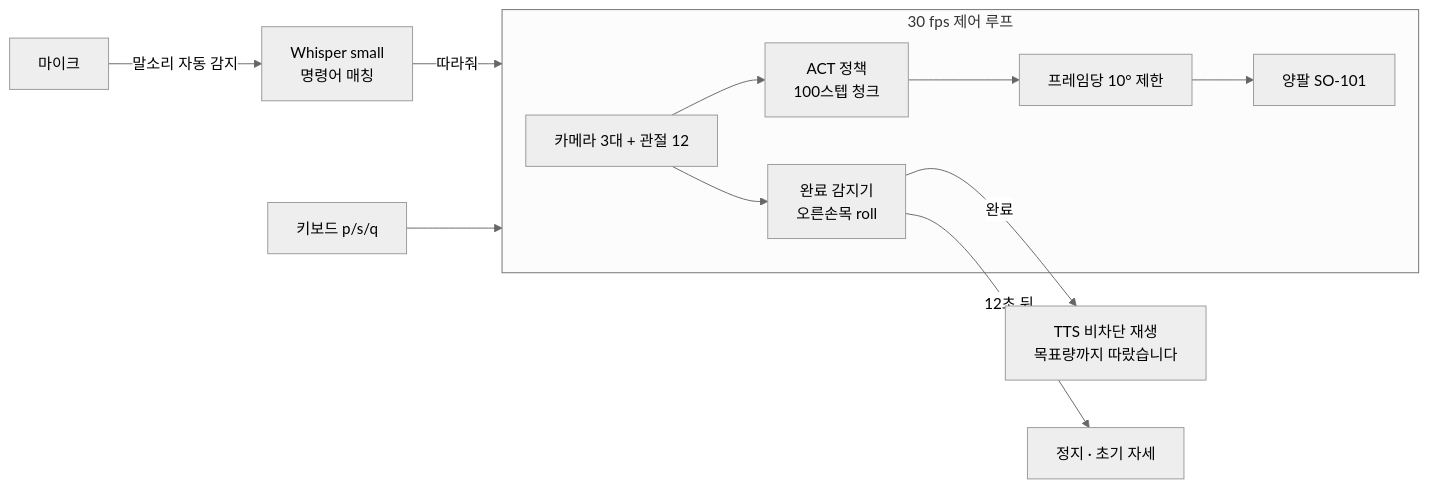
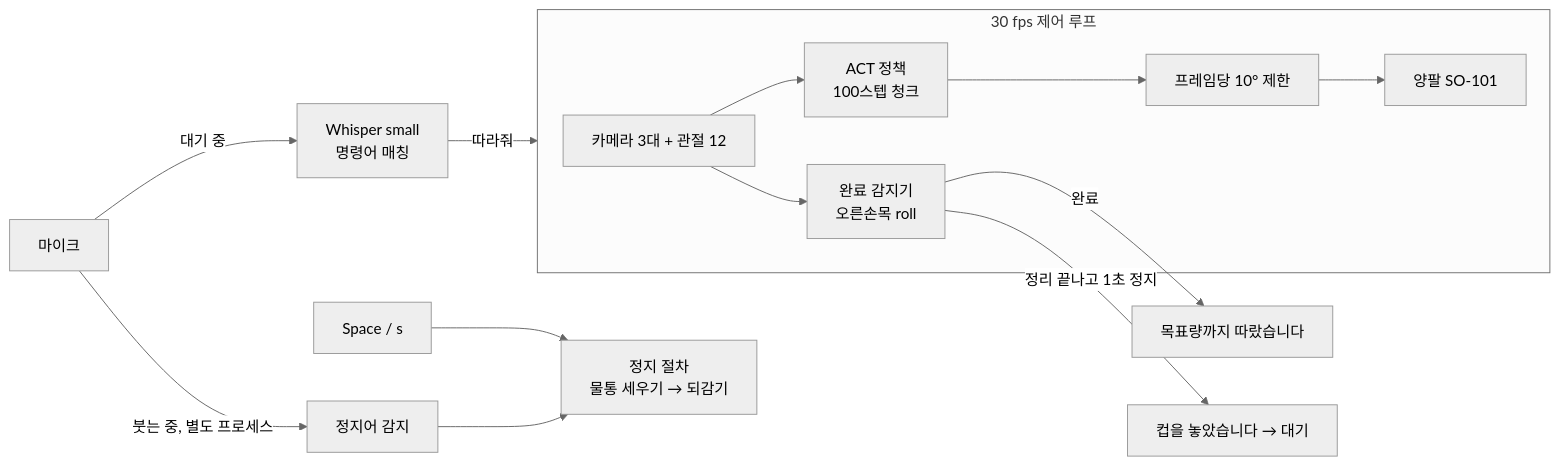
The second of 2 diagrams in README.md (minsu1111111/lerobot_pac), drawn with Mermaid (neutral theme) before and after one commit. The commit also changed other lines of this file, not shown here.

````diff
--- a/README.md
+++ b/README.md
@@ -24,13 +102,15 @@
 ```mermaid
 flowchart LR
-    MIC[마이크] -->|말소리 자동 감지| STT[Whisper small<br/>명령어 매칭]
+    MIC[마이크] -->|대기 중| STT[Whisper small<br/>명령어 매칭]
     STT -->|따라줘| LOOP
-    KEY[키보드 p/s/q] --> LOOP
     subgraph LOOP[30 fps 제어 루프]
         CAM[카메라 3대 + 관절 12] --> ACT[ACT 정책<br/>100스텝 청크]
         ACT --> CLAMP[프레임당 10° 제한] --> ROBOT[양팔 SO-101]
         CAM --> DET[완료 감지기<br/>오른손목 roll]
     end
-    DET -->|완료| TTS[TTS 비차단 재생<br/>목표량까지 따랐습니다]
-    DET -->|12초 뒤| STOP[정지 · 초기 자세]
+    MIC -->|붓는 중, 별도 프로세스| VSTOP[정지어 감지]
+    KEY[Space / s] --> STOPR
+    VSTOP --> STOPR[정지 절차<br/>물통 세우기 → 되감기]
+    DET -->|완료| TTS1[목표량까지 따랐습니다]
+    DET -->|정리 끝나고 1초 정지| TTS2[컵을 놓았습니다 → 대기]
 ```
````
